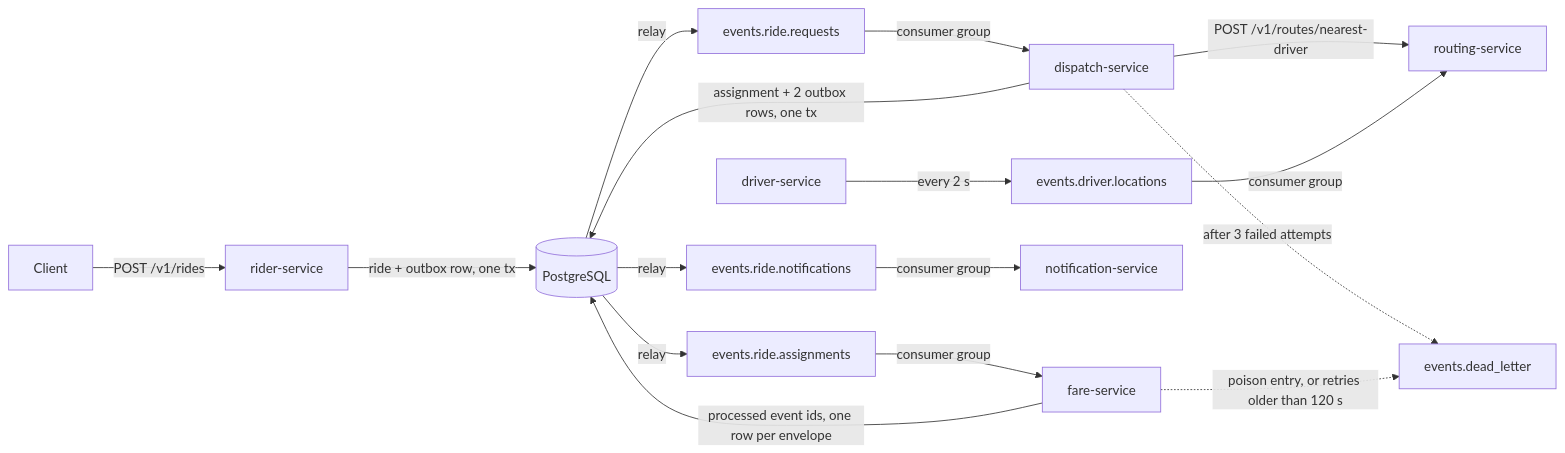
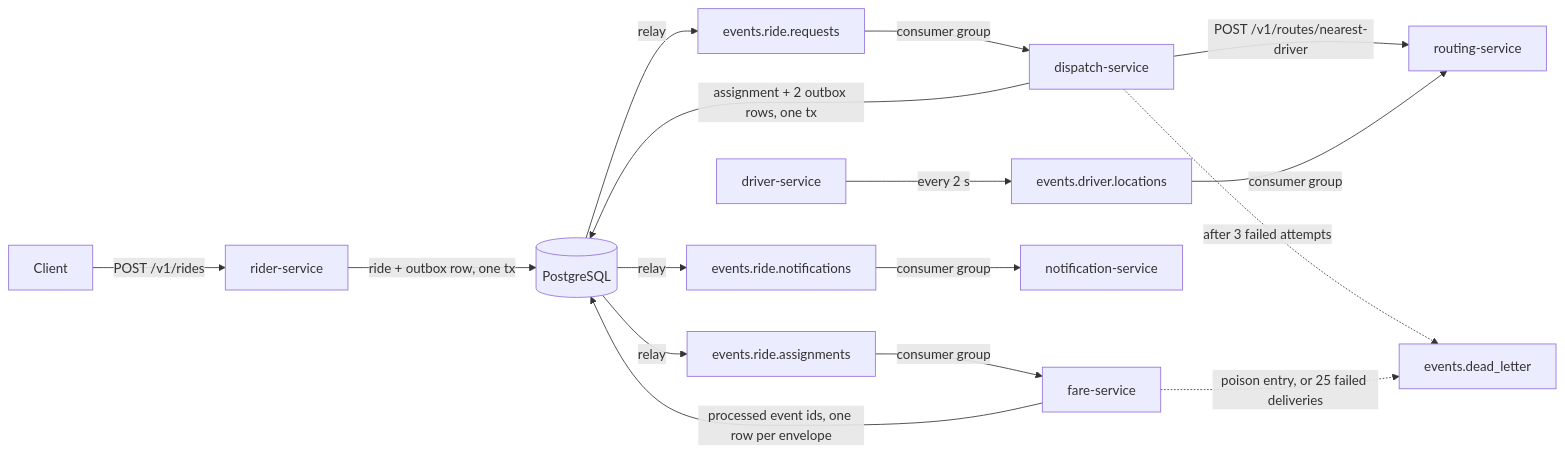
Before and after one commit to 96528025/MetroRide: the diagram in README.md, drawn with Mermaid. The commit also changed other lines of this file and 18 other files, not shown here.

````diff
--- a/README.md
+++ b/README.md
@@ -22,18 +22,18 @@
 ```mermaid
 flowchart LR
     Client -->|POST /v1/rides| Rider[rider-service]
     Rider -->|ride + outbox row, one tx| DB[(PostgreSQL)]
     DB -->|relay| RQ[events.ride.requests]
     RQ -->|consumer group| Dispatch[dispatch-service]
     Dispatch -->|POST /v1/routes/nearest-driver| Routing[routing-service]
     Driver[driver-service] -->|every 2 s| DL[events.driver.locations]
     DL -->|consumer group| Routing
     Dispatch -->|assignment + 2 outbox rows, one tx| DB
     DB -->|relay| RA[events.ride.assignments]
     DB -->|relay| RN[events.ride.notifications]
     RN -->|consumer group| Notify[notification-service]
     Dispatch -.->|after 3 failed attempts| DLQ[events.dead_letter]
     RA -->|consumer group| Fare[fare-service]
     Fare -->|processed event ids, one row per envelope| DB
-    Fare -.->|poison entry, or retries older than 120 s| DLQ
+    Fare -.->|poison entry, or 25 failed deliveries| DLQ
 ```
````
